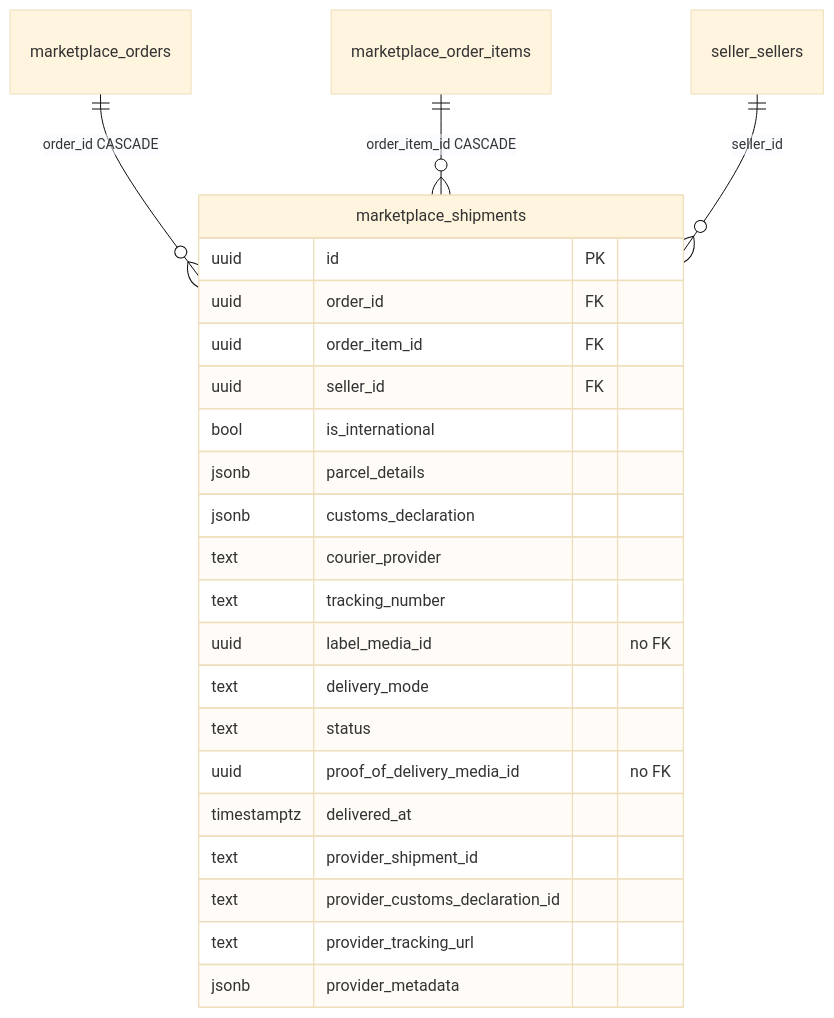
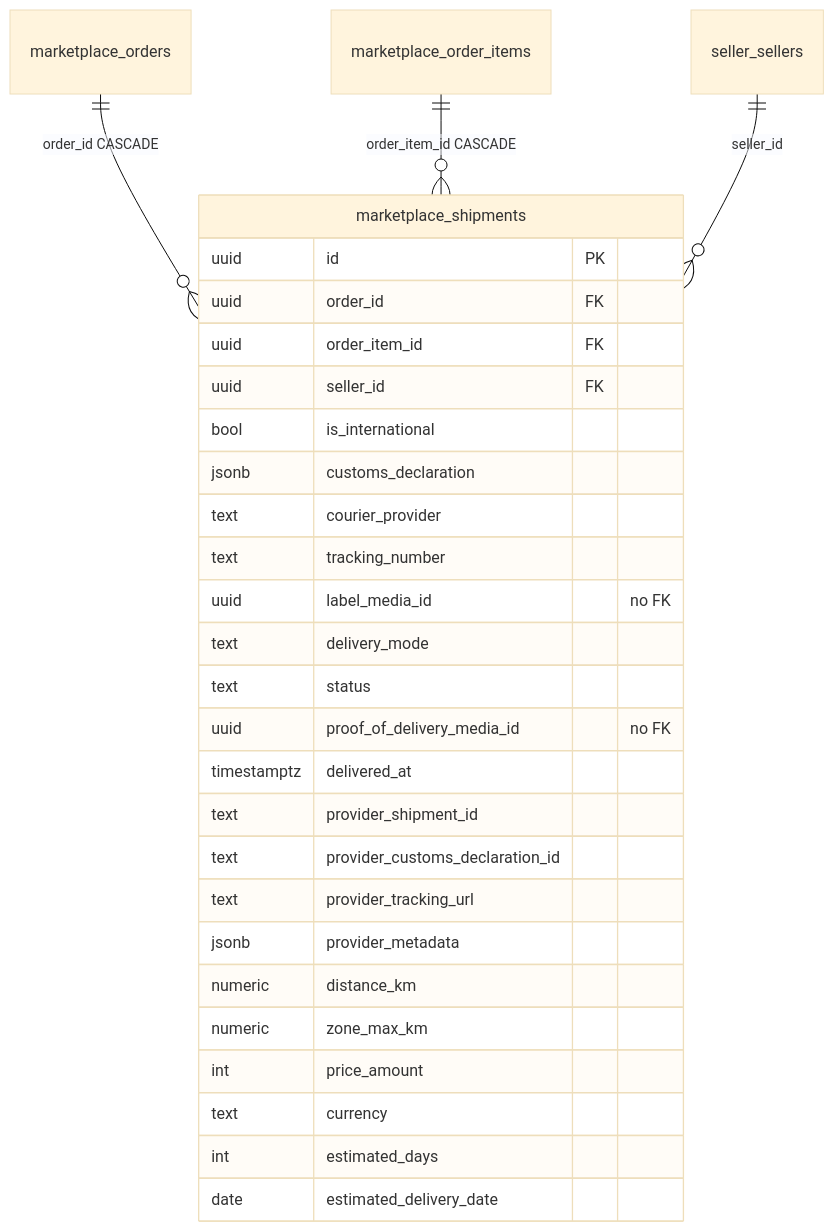
Before and after one commit to softdevglobal/send-agift-backend: the tenth of 12 diagrams in DATABASE_SCHEMA.md, drawn with Mermaid (base theme). The commit also changed other lines of this file and 25 other files, not shown here.

Commit message:
Update seller delivery and shipping flow

````diff
--- a/DATABASE_SCHEMA.md
+++ b/DATABASE_SCHEMA.md
@@ -988,27 +1091,32 @@
 ```mermaid
 erDiagram
     marketplace_orders ||--o{ marketplace_shipments : "order_id CASCADE"
     marketplace_order_items ||--o{ marketplace_shipments : "order_item_id CASCADE"
     seller_sellers ||--o{ marketplace_shipments : seller_id
 
     marketplace_shipments {
         uuid id PK
         uuid order_id FK
         uuid order_item_id FK
         uuid seller_id FK
         bool is_international
-        jsonb parcel_details
         jsonb customs_declaration
         text courier_provider
         text tracking_number
         uuid label_media_id "no FK"
         text delivery_mode
         text status
         uuid proof_of_delivery_media_id "no FK"
         timestamptz delivered_at
         text provider_shipment_id
         text provider_customs_declaration_id
         text provider_tracking_url
         jsonb provider_metadata
+        numeric distance_km
+        numeric zone_max_km
+        int price_amount
+        text currency
+        int estimated_days
+        date estimated_delivery_date
     }
 ```
````
